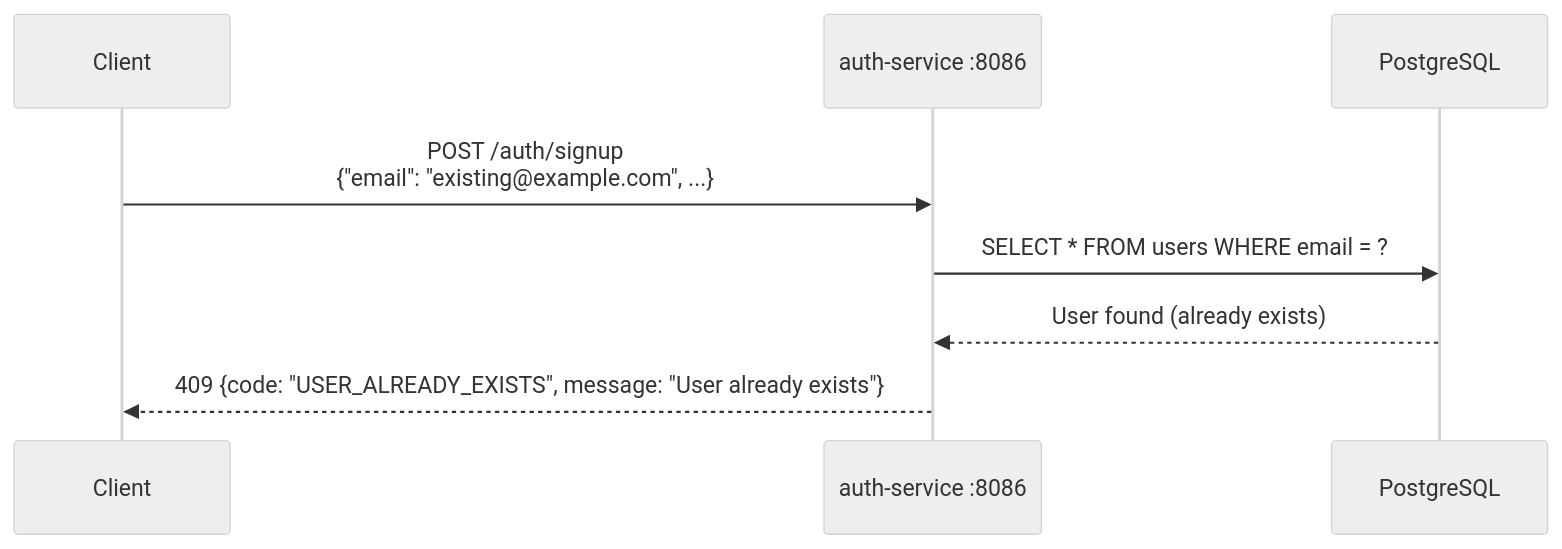
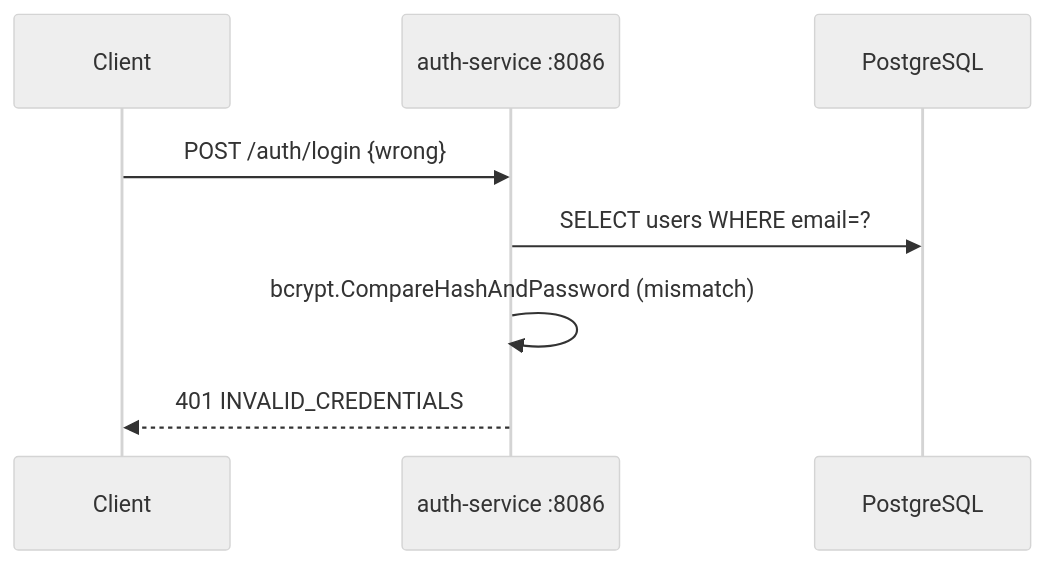
Before and after one commit to Prachidubey2003/fyredocs_backend: the eighth of 9 diagrams in docs/developer/mermaid/service-auth-service-sequence.md, drawn with Mermaid (neutral theme). The commit also changed other lines of this file and 39 other files, not shown here.

````diff
--- a/docs/developer/mermaid/service-auth-service-sequence.md
+++ b/docs/developer/mermaid/service-auth-service-sequence.md
@@ -152,13 +190,11 @@
 ```mermaid
 sequenceDiagram
     participant Client
     participant AS as auth-service :8086
     participant PG as PostgreSQL
 
-    Client->>AS: POST /auth/signup<br/>{"email": "existing@example.com", ...}
-
-    AS->>PG: SELECT * FROM users WHERE email = ?
-    PG-->>AS: User found (already exists)
-
-    AS-->>Client: 409 {code: "USER_ALREADY_EXISTS", message: "User already exists"}
+    Client->>AS: POST /auth/login {wrong}
+    AS->>PG: SELECT users WHERE email=?
+    AS->>AS: bcrypt.CompareHashAndPassword (mismatch)
+    AS-->>Client: 401 INVALID_CREDENTIALS
 ```
````
